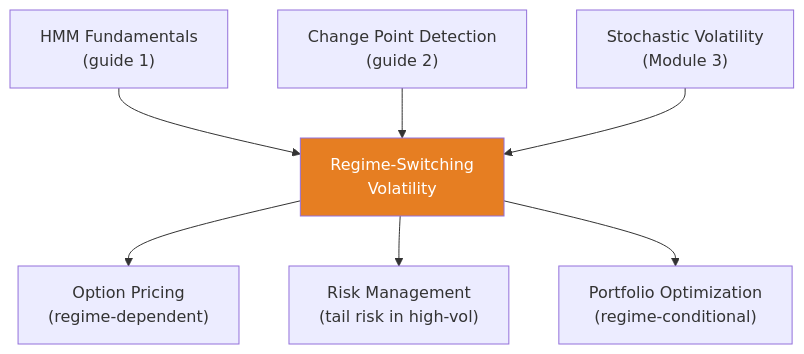
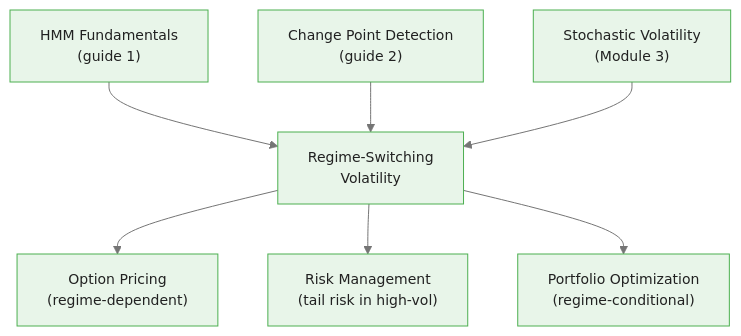
Before and after one commit to m-deane/course-creator: the fourth of 4 diagrams in courses/bayesian-commodity-forecasting/modules/module_07_regime_switching/guides/03_regime_switching_volatility_slides.md, drawn with Mermaid. The commit also changed other lines of this file and 104 other files, not shown here.

````diff
--- a/courses/bayesian-commodity-forecasting/modules/module_07_regime_switching/guides/03_regime_switching_volatility_slides.md
+++ b/courses/bayesian-commodity-forecasting/modules/module_07_regime_switching/guides/03_regime_switching_volatility_slides.md
@@ -352,10 +366,10 @@
 ```mermaid
+%%{init: {"theme": "base", "themeVariables": {"primaryColor": "#e8f5e9", "primaryBorderColor": "#4caf50", "primaryTextColor": "#212121", "secondaryColor": "#e3f2fd", "tertiaryColor": "#fff8e1", "lineColor": "#757575", "fontFamily": "Inter, sans-serif", "fontSize": "14px"}}}%%
 flowchart TD
     HMM["HMM Fundamentals\n(guide 1)"] --> RSV["Regime-Switching\nVolatility"]
     CPD["Change Point Detection\n(guide 2)"] --> RSV
     SV["Stochastic Volatility\n(Module 3)"] --> RSV
     RSV --> OPT["Option Pricing\n(regime-dependent)"]
     RSV --> RISK["Risk Management\n(tail risk in high-vol)"]
     RSV --> PORT["Portfolio Optimization\n(regime-conditional)"]
-    style RSV fill:#e67e22,color:#fff
 ```
````
